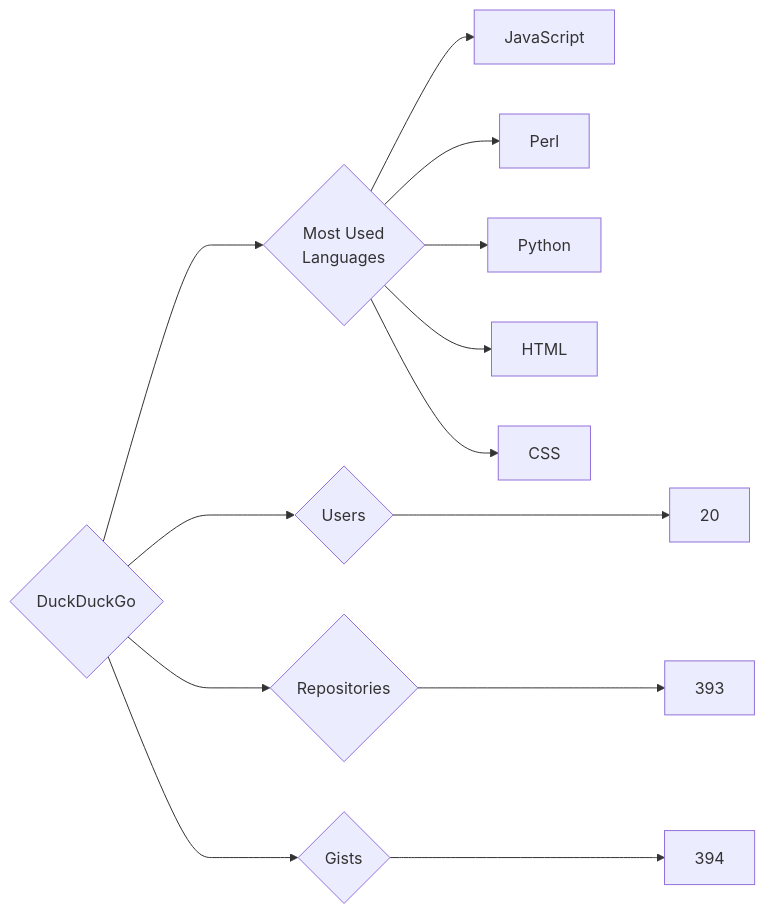
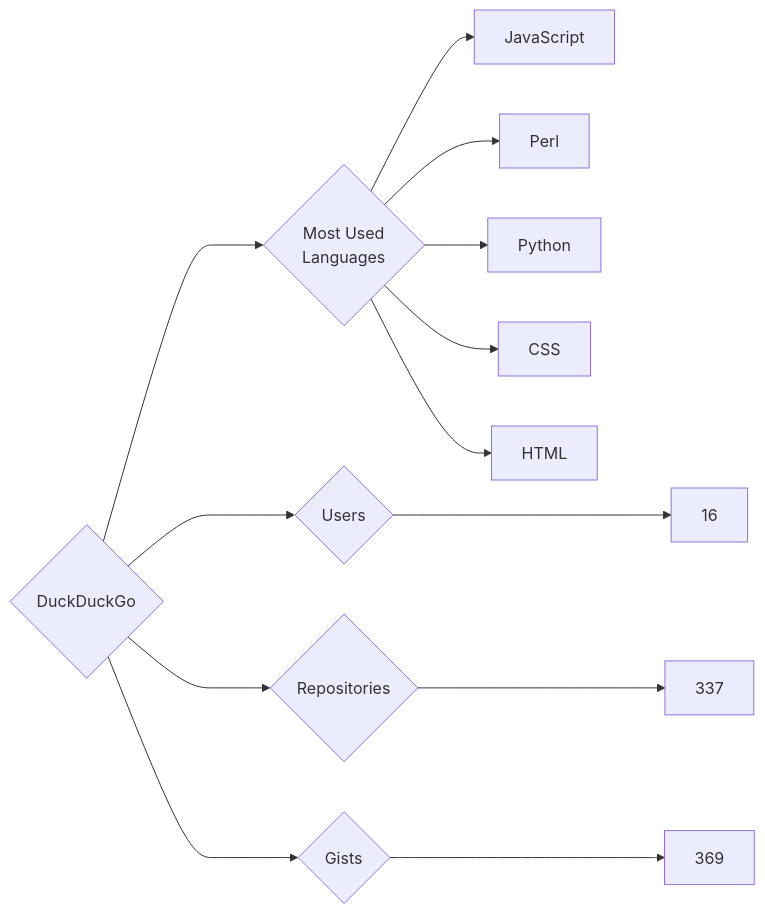
One commit to trickest/insiders changed the diagram in targets/DuckDuckGo/README.md. Above: the diagram before and after it, drawn with Mermaid. The commit also changed 900 other files, not shown here.

````diff
--- a/targets/DuckDuckGo/README.md
+++ b/targets/DuckDuckGo/README.md
@@ -3,13 +3,13 @@
 ```mermaid
 graph LR
 COMPANY_NAME{DuckDuckGo}
-COMPANY_NAME ---> U{Users} ---> UN[20]
-COMPANY_NAME ---> R{Repositories} ---> RN[393]
-COMPANY_NAME ---> G{Gists} ---> GN[394]
+COMPANY_NAME ---> U{Users} ---> UN[16]
+COMPANY_NAME ---> R{Repositories} ---> RN[337]
+COMPANY_NAME ---> G{Gists} ---> GN[369]
 COMPANY_NAME ---> ML{Most Used<br>Languages}
 ML --> JavaScript[JavaScript]
 ML --> Perl[Perl]
 ML --> Python[Python]
+ML --> CSS[CSS]
 ML --> HTML[HTML]
-ML --> CSS[CSS]
 ```
````
